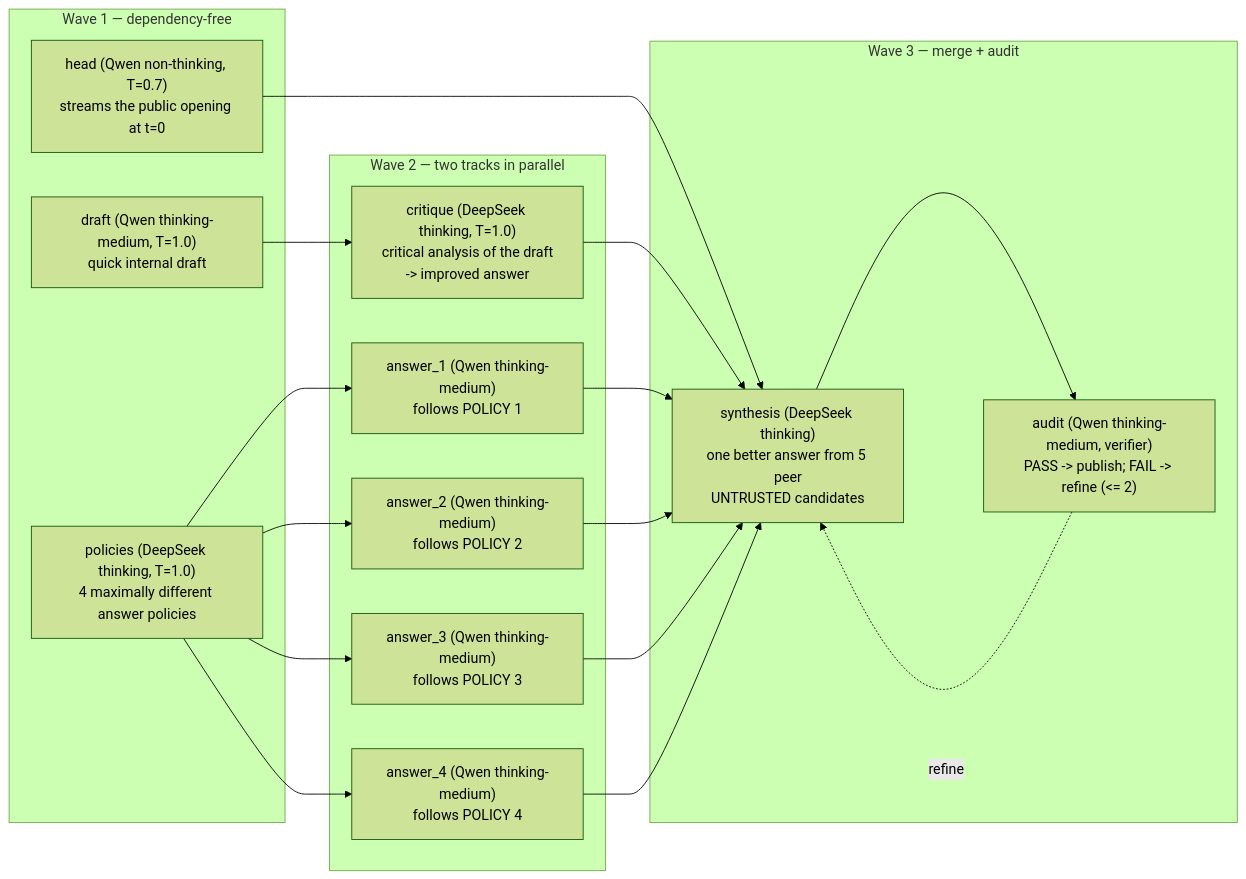
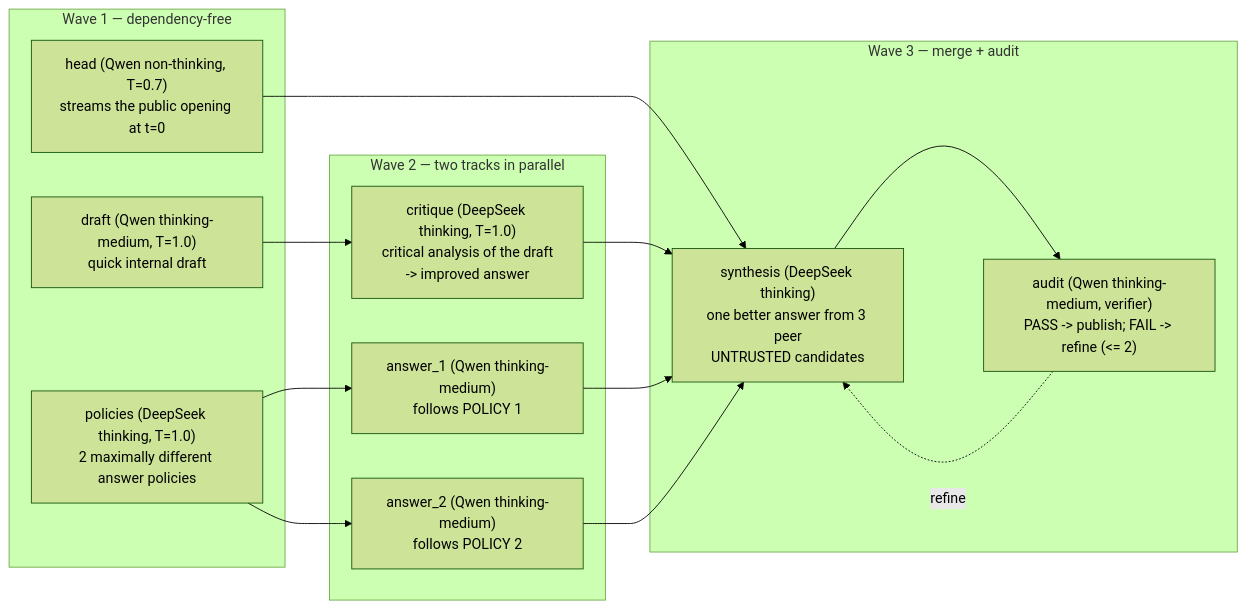
One commit to eole-ksoma/kairyu changed the diagram in examples/qwen3.8-deepseek-v4.1-8gpu/README.md. Above: the diagram before and after it, drawn with Mermaid (forest theme). The commit also changed other lines of this file and 9 other files, not shown here.

````diff
--- a/examples/qwen3.8-deepseek-v4.1-8gpu/README.md
+++ b/examples/qwen3.8-deepseek-v4.1-8gpu/README.md
@@ -128,32 +118,26 @@
 ```mermaid
 flowchart LR
     subgraph W1["Wave 1 — dependency-free"]
         H["head (Qwen non-thinking, T=0.7)<br/>streams the public opening at t=0"]
         DR["draft (Qwen thinking-medium, T=1.0)<br/>quick internal draft"]
-        PO["policies (DeepSeek thinking, T=1.0)<br/>4 maximally different answer policies"]
+        PO["policies (DeepSeek thinking, T=1.0)<br/>2 maximally different answer policies"]
     end
     subgraph W2["Wave 2 — two tracks in parallel"]
         A1["answer_1 (Qwen thinking-medium)<br/>follows POLICY 1"]
         A2["answer_2 (Qwen thinking-medium)<br/>follows POLICY 2"]
-        A3["answer_3 (Qwen thinking-medium)<br/>follows POLICY 3"]
-        A4["answer_4 (Qwen thinking-medium)<br/>follows POLICY 4"]
         CR["critique (DeepSeek thinking, T=1.0)<br/>critical analysis of the draft<br/>-> improved answer"]
     end
     subgraph W3["Wave 3 — merge + audit"]
-        CO["synthesis (DeepSeek thinking)<br/>one better answer from 5 peer<br/>UNTRUSTED candidates"]
+        CO["synthesis (DeepSeek thinking)<br/>one better answer from 3 peer<br/>UNTRUSTED candidates"]
         AU["audit (Qwen thinking-medium, verifier)<br/>PASS -> publish; FAIL -> refine (<= 2)"]
     end
     PO --> A1
     PO --> A2
-    PO --> A3
-    PO --> A4
     DR --> CR
     H --> CO
     CR --> CO
     A1 --> CO
     A2 --> CO
-    A3 --> CO
-    A4 --> CO
     CO --> AU
     AU -.refine.-> CO
 ```
````
